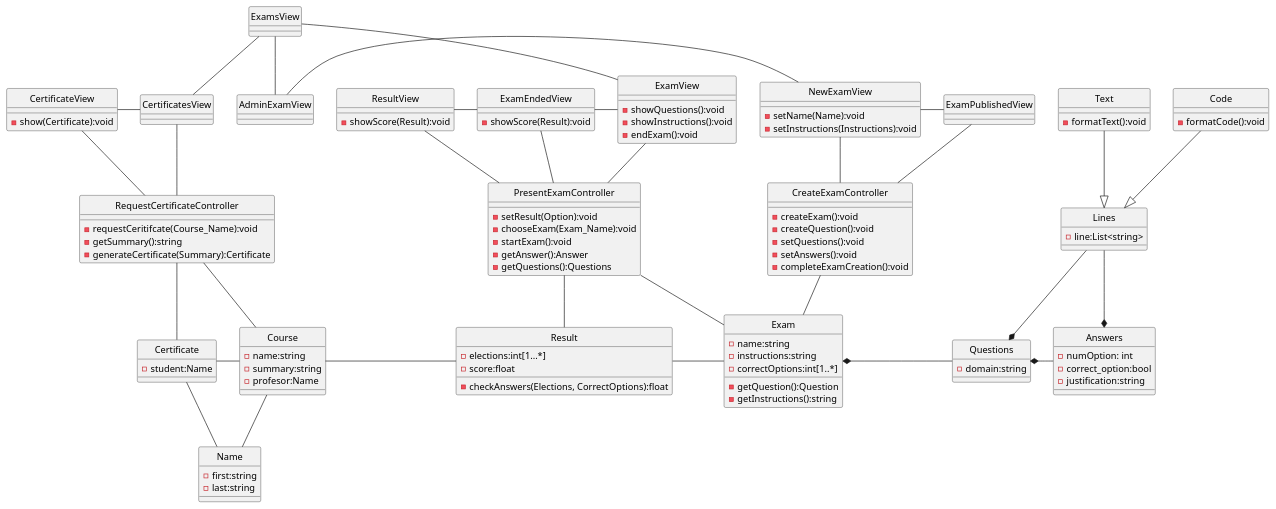
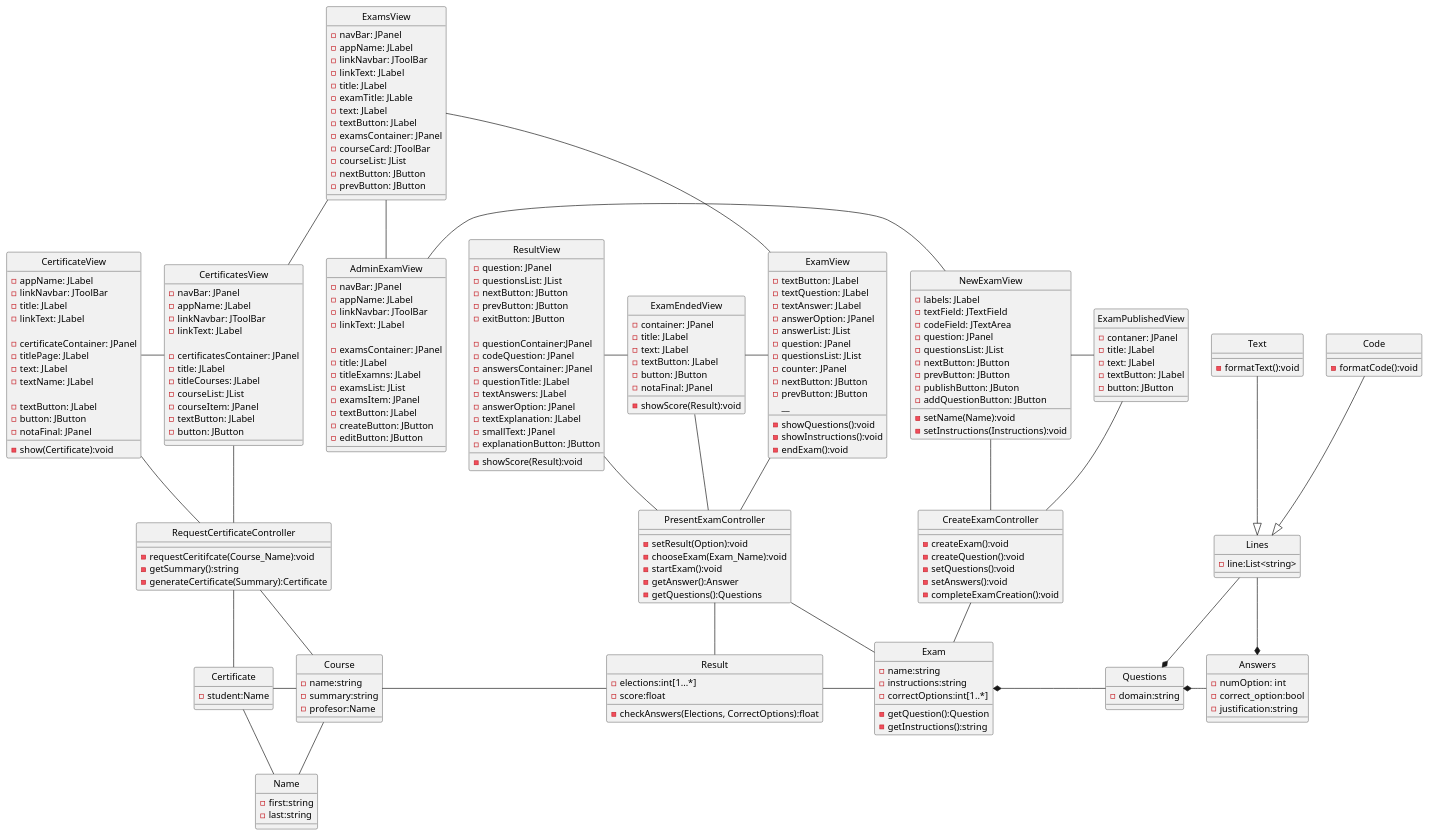
Before and after one commit to TheSProyect/Proyecto-IS-Grupo-1: the diagram in docs/logicalView/desingView/classDesign/Design-ClassDiagram.plantuml, drawn with PlantUML.

Commit message:
feat: añadir atributos de las vistas en el Design-ClassDagram.plantuml

```diff
--- a/docs/logicalView/desingView/classDesign/Design-ClassDiagram.plantuml
+++ b/docs/logicalView/desingView/classDesign/Design-ClassDiagram.plantuml
@@ -1,85 +1,192 @@
 @startuml Design-ClassDiagram
 skinparam style strictuml
 
-class ExamsView {
+' Views
+class ExamsView { /' MisExamenes'/
+    -navBar: JPanel
+    -appName: JLabel
+    -linkNavbar: JToolBar
+    -linkText: JLabel
+    -title: JLabel
+    -examTitle: JLable
+    -text: JLabel
+    -textButton: JLabel
+    -examsContainer: JPanel
+    -courseCard: JToolBar
+    -courseList: JList
+    -nextButton: JButton
+    -prevButton: JButton
+__
 }
-class ExamView {
-__
--showQuestions():void
--showInstructions():void
--endExam():void
+class ExamView { /' Examen'/
+    -textButton: JLabel
+    -textQuestion: JLabel
+    -textAnswer: JLabel
+    -answerOption: JPanel
+    -answerList: JList
+    -question: JPanel
+    -questionsList: JList
+    -counter: JPanel
+    -nextButton: JButton
+    -prevButton: JButton
+__  
+    -showQuestions():void
+    -showInstructions():void
+    -endExam():void
 }
-class ExamEndedView{
+class ExamEndedView{ /' ExamenFinalizado'/
+    -container: JPanel
+    -title: JLabel
+    -text: JLabel
+    -textButton: JLabel
+    -button: JButton
+    -notaFinal: JPanel
 __
 -showScore(Result):void
 }
-class CertificatesView
-class CertificateView{
--show(Certificate):void
+class CertificatesView{ /' SolicitarCertificado'/
+    -navBar: JPanel
+    -appName: JLabel
+    -linkNavbar: JToolBar
+    -linkText: JLabel
+
+    -certificatesContainer: JPanel
+    -title: JLabel
+    -titleCourses: JLabel
+    -courseList: JList
+    -courseItem: JPanel
+    -textButton: JLabel
+    -button: JButton
+__
 }
-class ResultView{
+class CertificateView{ /' Certificado'/
+    -appName: JLabel
+    -linkNavbar: JToolBar
+    -title: JLabel
+    -linkText: JLabel
+    
+    -certificateContainer: JPanel
+    -titlePage: JLabel
+    -text: JLabel
+    -textName: JLabel
+    
+    -textButton: JLabel
+    -button: JButton
+    -notaFinal: JPanel
 __
--showScore(Result):void
+    -show(Certificate):void
+}
+class ResultView{ /' Respuesta 1 y 2'/
+    -question: JPanel
+    -questionsList: JList
+    -nextButton: JButton
+    -prevButton: JButton
+    -exitButton: JButton
+    
+    -questionContainer:JPanel
+    -codeQuestion: JPanel
+    -answersContainer: JPanel
+    -questionTitle: JLabel
+    -textAnswers: JLabel
+    -answerOption: JPanel
+    -textExplanation: JLabel
+    -smallText: JPanel
+    -explanationButton: JButton
+__
+    -showScore(Result):void
 }
 
-class NewExamView {
--setName(Name):void
--setInstructions(Instructions):void
+class NewExamView { /' CrearExamen'/
+    -labels: JLabel
+    -textField: JTextField
+    -codeField: JTextArea
+    -question: JPanel
+    -questionsList: JList
+    -nextButton: JButton
+    -prevButton: JButton
+    -publishButton: JButon
+    -addQuestionButton: JButton
+__
+    -setName(Name):void
+    -setInstructions(Instructions):void
 }
 
-class ExamPublishedView
-class AdminExamView
+class ExamPublishedView{ /' ExamenCreado'/
+    -contaner: JPanel
+    -title: JLabel
+    -text: JLabel
+    -textButton: JLabel
+    -button: JButton
+__
+}
+class AdminExamView{ /' AdministradorExamenes'/
+    -navBar: JPanel
+    -appName: JLabel
+    -linkNavbar: JToolBar
+    -linkText: JLabel
 
+    -examsContainer: JPanel
+    -title: JLabel
+    -titleExamns: JLabel
+    -examsList: JList
+    -examsItem: JPanel
+    -textButton: JLabel
+    -createButton: JButton
+    -editButton: JButton
+}
+
+' Controllers
 class CreateExamController{
 __
--createExam():void
--createQuestion():void
--setQuestions():void
--setAnswers():void
--completeExamCreation():void
+    -createExam():void
+    -createQuestion():void
+    -setQuestions():void
+    -setAnswers():void
+    -completeExamCreation():void
 }
 
 class PresentExamController {
 __
--setResult(Option):void
--chooseExam(Exam_Name):void
--startExam():void
--getAnswer():Answer
--getQuestions():Questions
+    -setResult(Option):void
+    -chooseExam(Exam_Name):void
+    -startExam():void
+    -getAnswer():Answer
+    -getQuestions():Questions
 }
 
 class RequestCertificateController {
 __
--requestCeritifcate(Course_Name):void
--getSummary():string
--generateCertificate(Summary):Certificate
+    -requestCeritifcate(Course_Name):void
+    -getSummary():string
+    -generateCertificate(Summary):Certificate
 }
 
+' Models
 class Questions{
--domain:string
+    -domain:string
 }
 class Answers {
--numOption: int
--correct_option:bool
--justification:string
+    -numOption: int
+    -correct_option:bool
+    -justification:string
 }
 class Exam {
--name:string
--instructions:string
--correctOptions:int[1..*]
+    -name:string
+    -instructions:string
+    -correctOptions:int[1..*]
 __
--getQuestion():Question
--getInstructions():string
+    -getQuestion():Question
+    -getInstructions():string
 }
 class Result {
--elections:int[1...*]
--score:float
+    -elections:int[1...*]
+    -score:float
 __
--checkAnswers(Elections, CorrectOptions):float
+    -checkAnswers(Elections, CorrectOptions):float
 }
 
 class Certificate {
--student:Name
+    -student:Name
 }
 
 class Name {
@@ -88,9 +195,9 @@
 }
 
 class Course{
--name:string
--summary:string
--profesor:Name
+    -name:string
+    -summary:string
+    -profesor:Name
 }
 
 class Lines {
```
